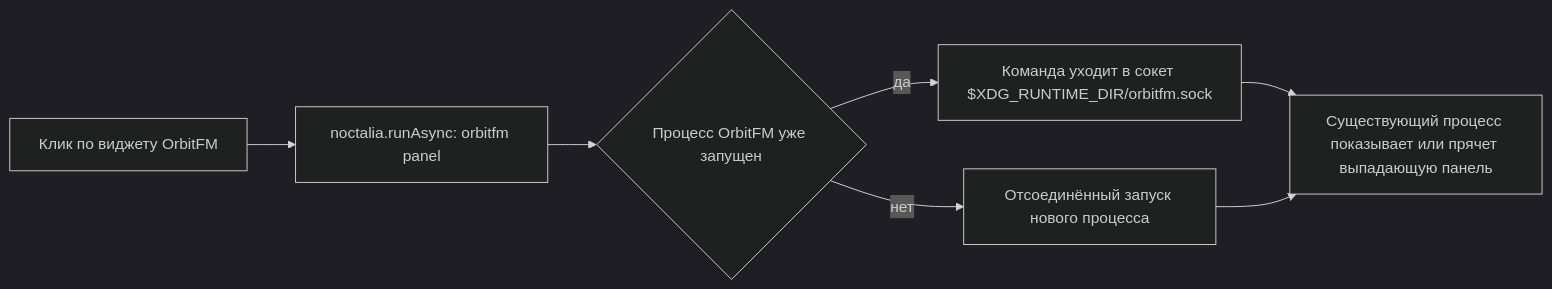
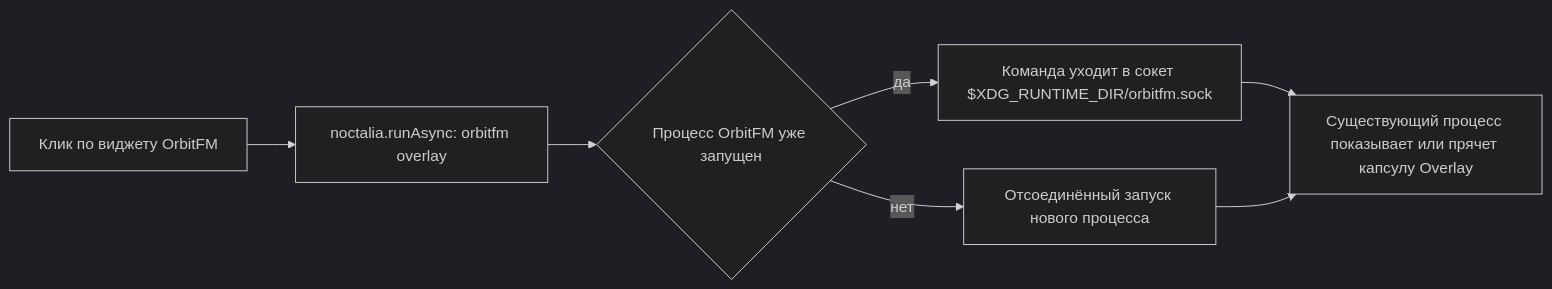
Before and after one commit to ModernByte/orbitfm: the diagram in docs/wiki/06-Noctalia.md, drawn with Mermaid (dark theme). The commit also changed other lines of this file and 64 other files, not shown here.

````diff
--- a/docs/wiki/06-Noctalia.md
+++ b/docs/wiki/06-Noctalia.md
@@ -34,9 +36,9 @@
 ```mermaid
 flowchart LR
-    A[Клик по виджету OrbitFM] --> B["noctalia.runAsync: orbitfm panel"]
+    A[Клик по виджету OrbitFM] --> B["noctalia.runAsync: orbitfm overlay"]
     B --> C{Процесс OrbitFM уже запущен}
     C -- да --> D["Команда уходит в сокет $XDG_RUNTIME_DIR/orbitfm.sock"]
-    D --> E["Существующий процесс показывает или прячет выпадающую панель"]
+    D --> E["Существующий процесс показывает или прячет капсулу Overlay"]
     C -- нет --> F["Отсоединённый запуск нового процесса"]
     F --> E
 ```
````
